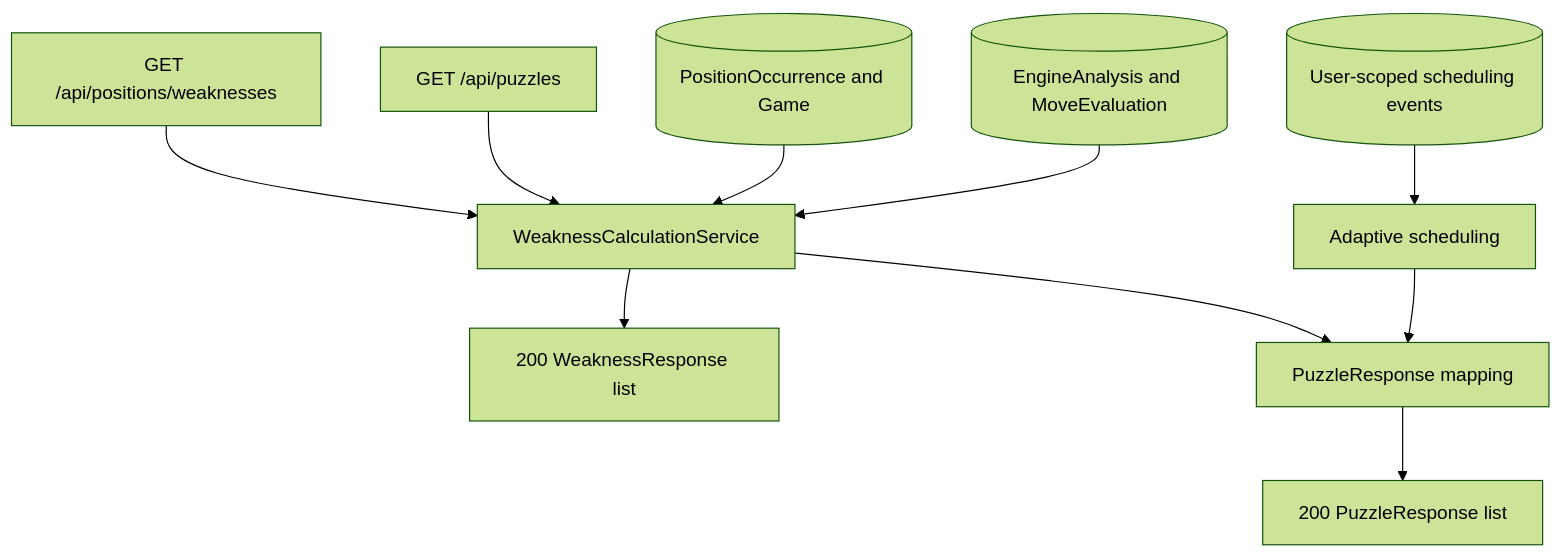
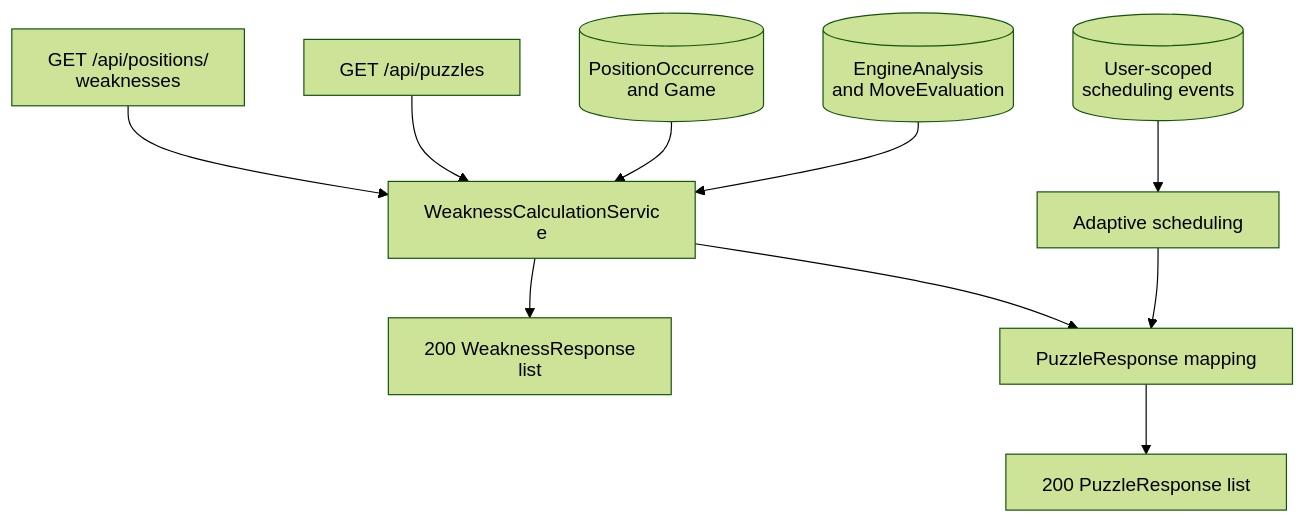
The fourth of 10 diagrams in docs/architecture/backend-architecture.md (NathanZK/ChessEcho), drawn with Mermaid (forest theme) before and after one commit. The commit also changed other lines of this file and 1 other file, not shown here.

First line of the commit message:
docs: fix architecture Mermaid rendering

````diff
--- a/docs/architecture/backend-architecture.md
+++ b/docs/architecture/backend-architecture.md
@@ -162,12 +165,13 @@
 ```mermaid
+%%{init: {"htmlLabels": false, "flowchart": {"htmlLabels": false, "diagramPadding": 120}}}%%
 flowchart TB
-    WeaknessRoute[GET /api/positions/weaknesses] --> Weakness[WeaknessCalculationService]
+    WeaknessRoute["GET /api/positions/<br/>weaknesses"] --> Weakness[WeaknessCalculationService]
     PuzzleRoute[GET /api/puzzles] --> Weakness
-    Occurrences[(PositionOccurrence and Game)] --> Weakness
-    Evaluations[(EngineAnalysis and MoveEvaluation)] --> Weakness
-    Events[(User-scoped scheduling events)] --> Schedule[Adaptive scheduling]
+    Occurrences[("PositionOccurrence<br/>and Game")] --> Weakness
+    Evaluations[("EngineAnalysis<br/>and MoveEvaluation")] --> Weakness
+    Events[("User-scoped<br/>scheduling events")] --> Schedule[Adaptive scheduling]
     Weakness --> WeaknessResponse[200 WeaknessResponse list]
     Weakness --> Puzzles[PuzzleResponse mapping]
     Schedule --> Puzzles
     Puzzles --> PuzzleResponse[200 PuzzleResponse list]
 ```
````
